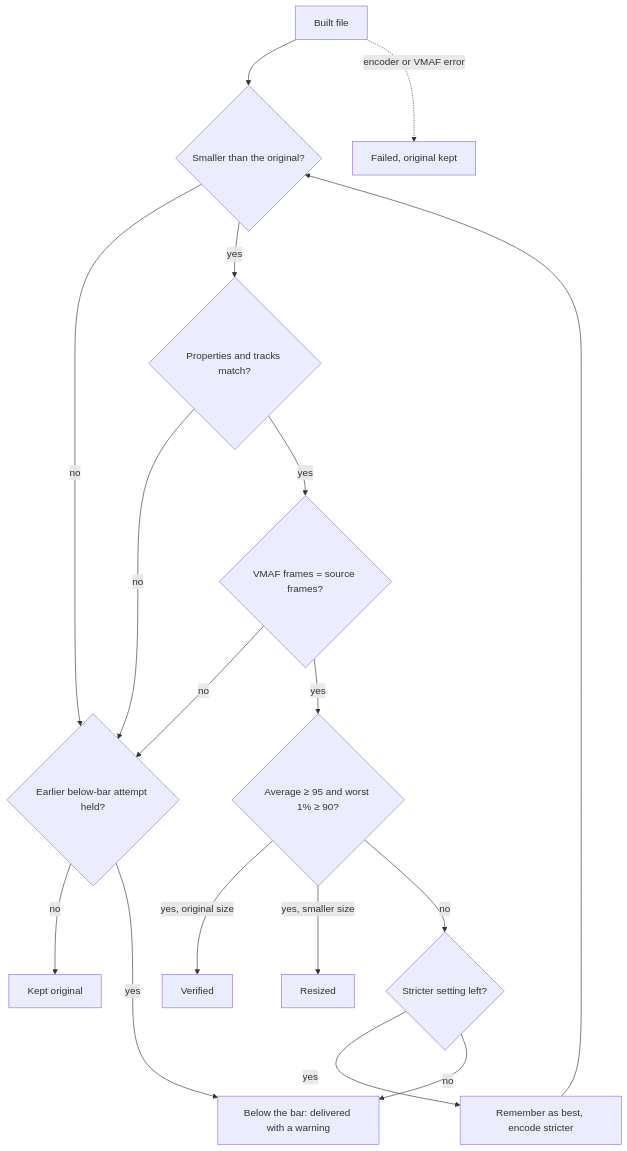
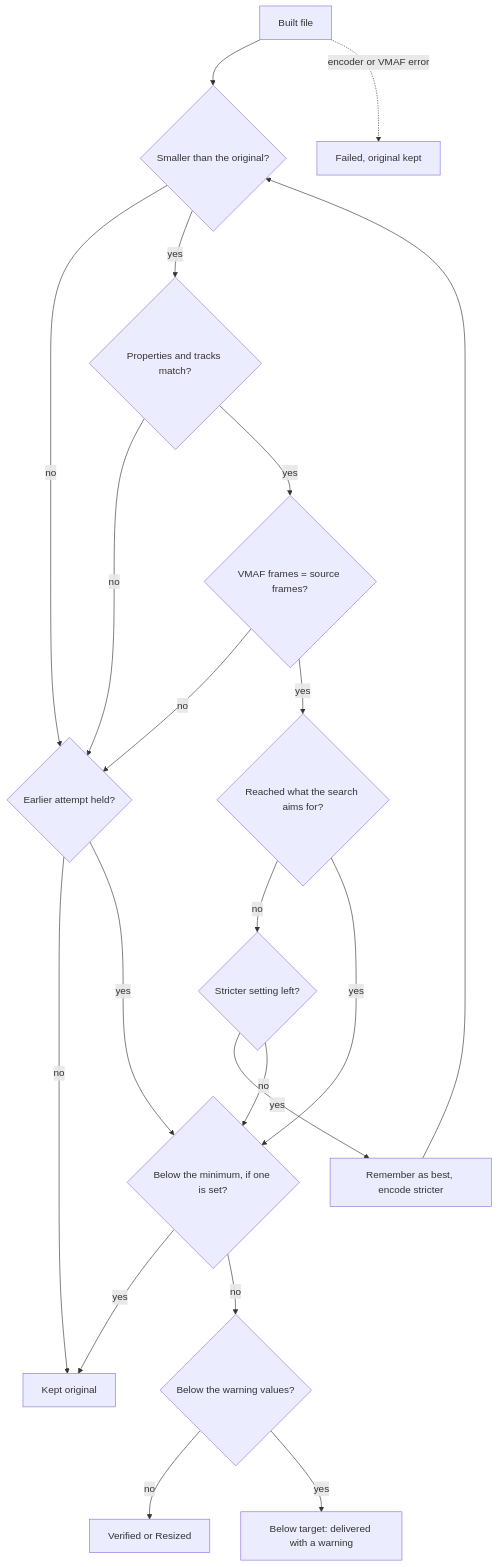
Before and after one commit to BartVG/ClipShrink: the diagram in docs/internals/quality.md, drawn with Mermaid. The commit also changed other lines of this file and 66 other files, not shown here.

````diff
--- a/docs/internals/quality.md
+++ b/docs/internals/quality.md
@@ -29,19 +31,22 @@
 ```mermaid
 flowchart TD
     A["Built file"] --> B{"Smaller than the original?"}
-    B -- no --> R{"Earlier below-bar attempt held?"}
+    B -- no --> R{"Earlier attempt held?"}
     R -- no --> K["Kept original"]
-    R -- yes --> W
+    R -- yes --> M
     B -- yes --> C{"Properties and tracks match?"}
     C -- no --> R
     C -- yes --> D{"VMAF frames = source frames?"}
     D -- no --> R
-    D -- yes --> E{"Average ≥ 95 and worst 1% ≥ 90?"}
-    E -- "yes, original size" --> V["Verified"]
-    E -- "yes, smaller size" --> Z["Resized"]
+    D -- yes --> E{"Reached what the search aims for?"}
     E -- no --> F{"Stricter setting left?"}
     F -- yes --> G["Remember as best, encode stricter"]
     G --> B
-    F -- no --> W["Below the bar: delivered with a warning"]
+    F -- no --> M
+    E -- yes --> M{"Below the minimum, if one is set?"}
+    M -- yes --> K
+    M -- no --> W{"Below the warning values?"}
+    W -- no --> V["Verified or Resized"]
+    W -- yes --> Y["Below target: delivered with a warning"]
     A -. "encoder or VMAF error" .-> X["Failed, original kept"]
 ```
````
